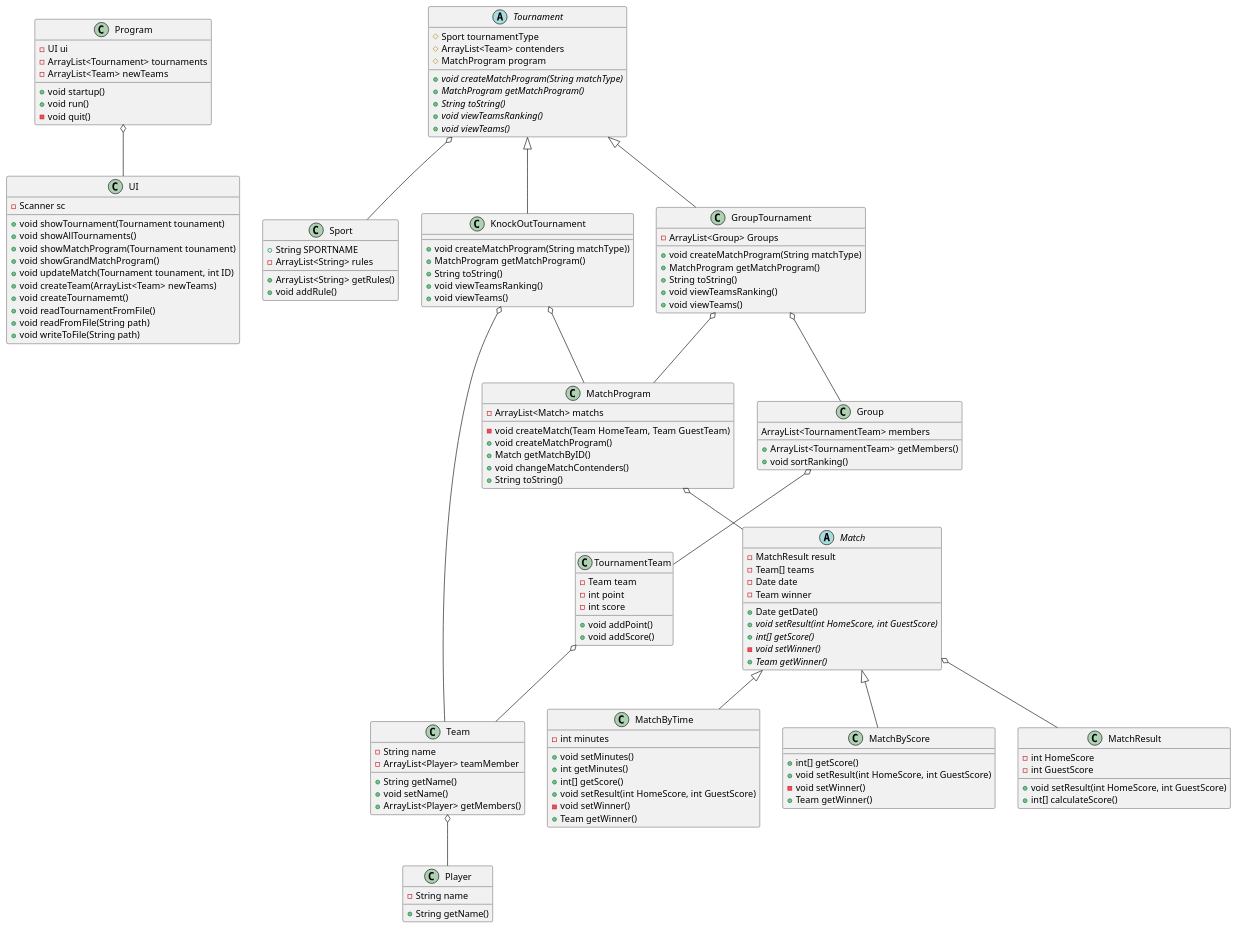
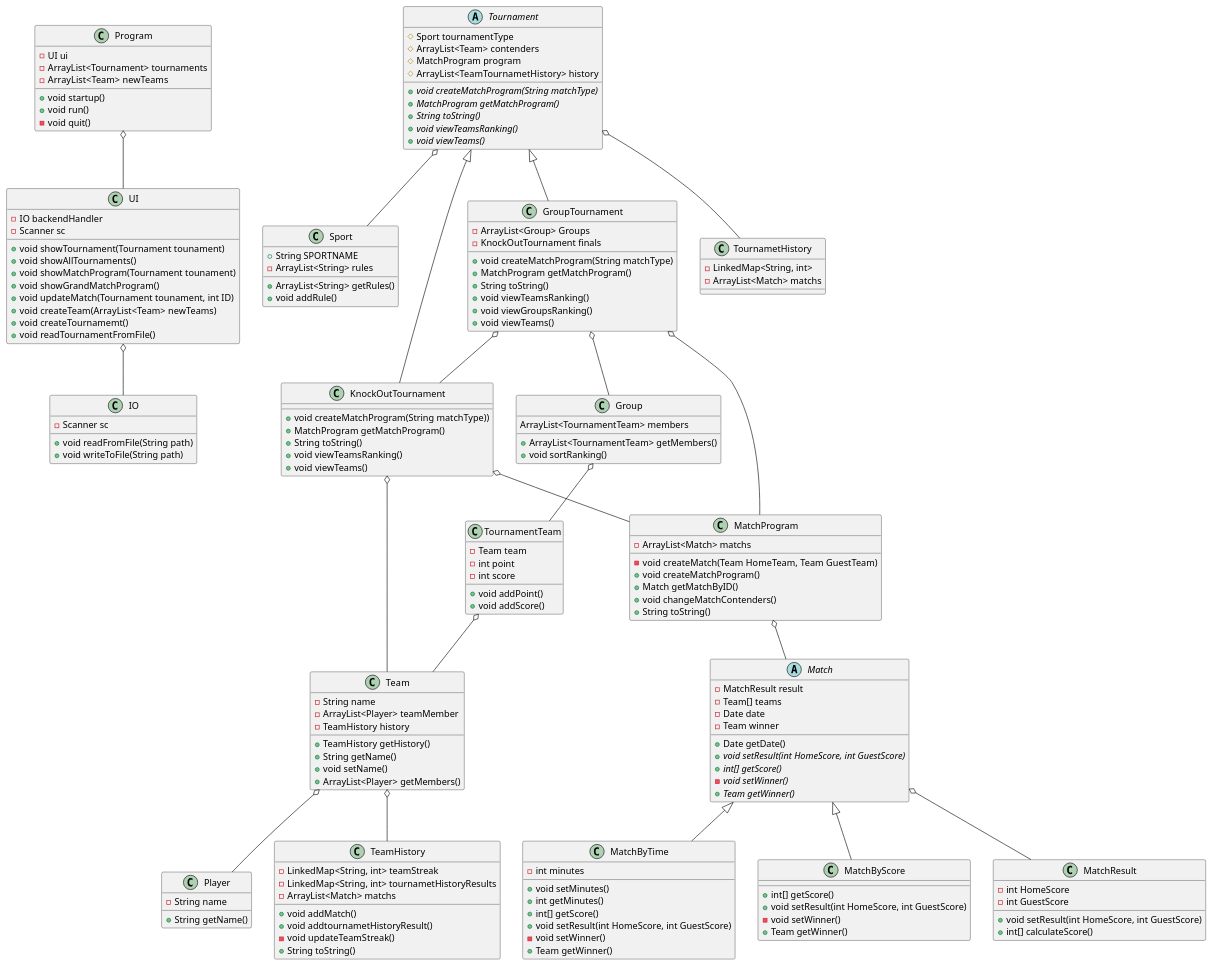
The diagram in docs/ClassDiagram.puml (Legolai/SP3), drawn with PlantUML before and after one commit.

Commit message:
update and classDiagram v3

```diff
--- a/docs/ClassDiagram.puml
+++ b/docs/ClassDiagram.puml
@@ -11,6 +11,7 @@
 
 
 class UI{
+    - IO backendHandler
     - Scanner sc
     + void showTournament(Tournament tounament)
     + void showAllTournaments()
@@ -20,9 +21,15 @@
     + void createTeam(ArrayList<Team> newTeams)
     + void createTournamemt()
     + void readTournamentFromFile()
+}
+
+class IO{
+    - Scanner sc
     + void readFromFile(String path)
     + void writeToFile(String path)
 }
+
+
 
 
 
@@ -30,6 +37,7 @@
      # Sport tournamentType
      # ArrayList<Team> contenders
      # MatchProgram program
+     # ArrayList<TeamTournametHistory> history
 
      + {abstract} void createMatchProgram(String matchType)
      + {abstract} MatchProgram getMatchProgram()
@@ -47,11 +55,12 @@
 class GroupTournament
 {
     - ArrayList<Group> Groups
-
+    - KnockOutTournament finals
     + void createMatchProgram(String matchType)
     + MatchProgram getMatchProgram()
     + String toString()
     + void viewTeamsRanking()
+    + void viewGroupsRanking()
     + void viewTeams()
 }
 
@@ -81,14 +90,33 @@
     + void viewTeams()
 }
 
+class TournametHistory{
+    - LinkedMap<String, int>
+    - ArrayList<Match> matchs
+}
+
 class Team {
     - String name
     - ArrayList<Player> teamMember
+    - TeamHistory history
 
+    + TeamHistory getHistory()
     + String getName()
     + void setName()
     + ArrayList<Player> getMembers()
 }
+
+class TeamHistory {
+    - LinkedMap<String, int> teamStreak
+    - LinkedMap<String, int> tournametHistoryResults
+    - ArrayList<Match> matchs
+
+    + void addMatch()
+    + void addtournametHistoryResult()
+    - void updateTeamStreak()
+    + String toString()
+}
+
 class Player {
     - String name
 
@@ -148,10 +176,14 @@
 
 
 Team o-- Player
+Team o-- TeamHistory
+
+
 Match <|-- MatchByScore
 Match <|-- MatchByTime
 
 Tournament o-- Sport
+Tournament o-- TournametHistory
 Tournament <|-- KnockOutTournament
 Tournament <|-- GroupTournament
 Match o-- MatchResult
@@ -163,7 +195,10 @@
 
 KnockOutTournament o-- MatchProgram
 GroupTournament o-- MatchProgram
+GroupTournament o-- KnockOutTournament
 
 Program o-- UI
+UI o-- IO
+
 
 @enduml
```
